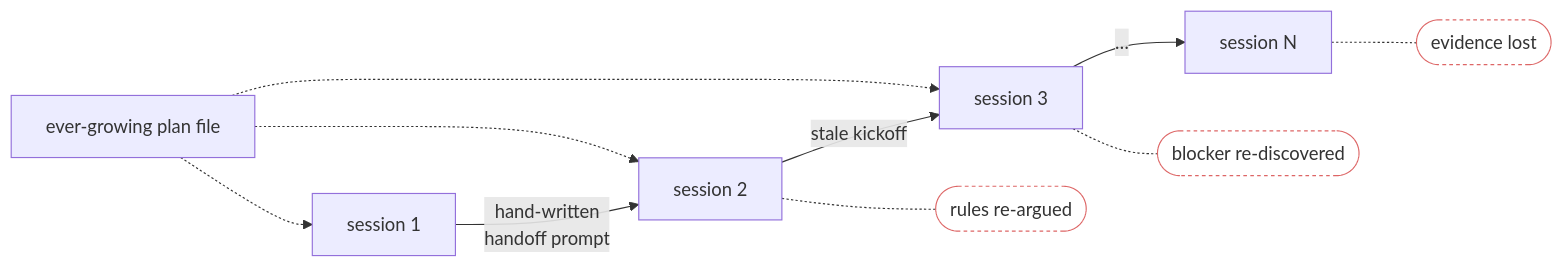
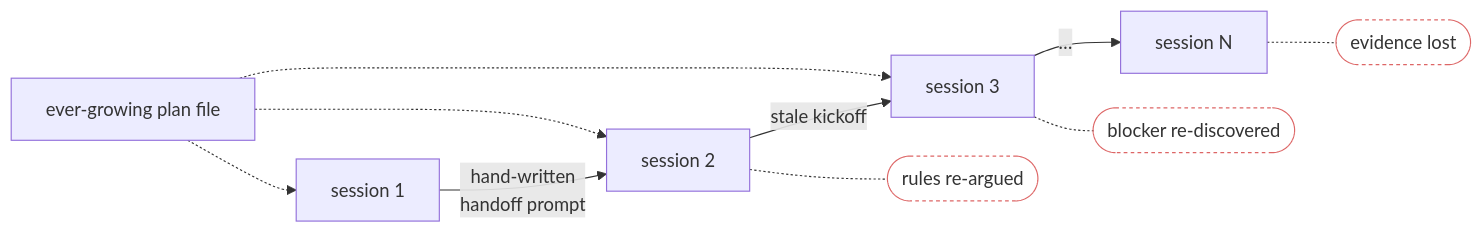
The first of 3 diagrams in README.md (den2207/epic-tree), drawn with Mermaid before and after one commit. The commit also changed other lines of this file, not shown here.

Commit message:
docs: unified mermaid init (spacing) across all diagrams; compact file column via invisible links

````diff
--- a/README.md
+++ b/README.md
@@ -18,13 +18,14 @@
 ```mermaid
+%%{init: {"flowchart": {"nodeSpacing": 30, "rankSpacing": 36}}}%%
 flowchart LR
     S1["session 1"] -- "hand-written<br/>handoff prompt" --> S2["session 2"]
     S2 -- "stale kickoff" --> S3["session 3"]
     S3 -- "…" --> SN["session N"]
     P["ever-growing plan file"] -.-> S1 & S2 & S3
     S2 -.- X1(["rules re-argued"])
     S3 -.- X2(["blocker re-discovered"])
     SN -.- X3(["evidence lost"])
     style X1 fill:none,stroke:#d66,stroke-dasharray:3
     style X2 fill:none,stroke:#d66,stroke-dasharray:3
     style X3 fill:none,stroke:#d66,stroke-dasharray:3
 ```
````
